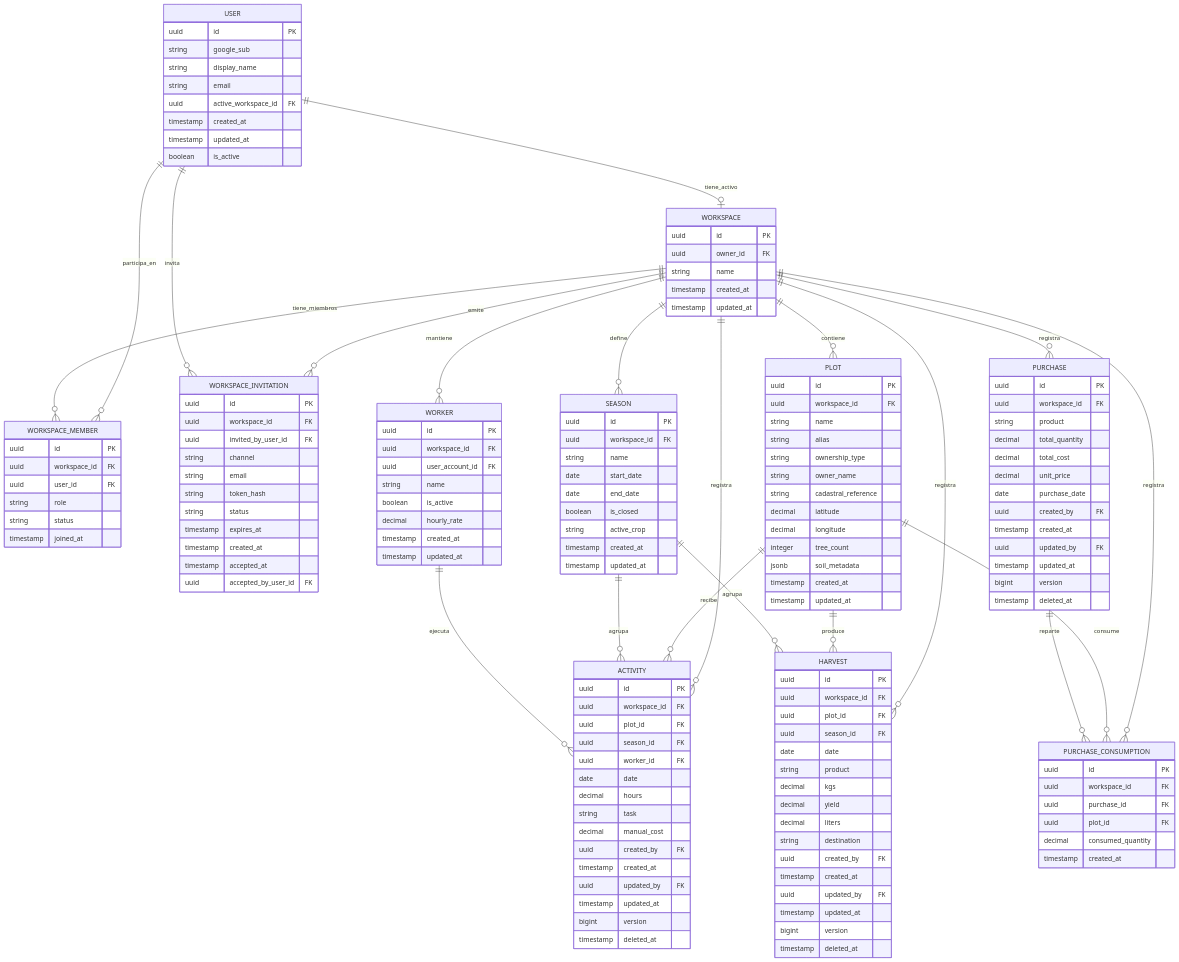
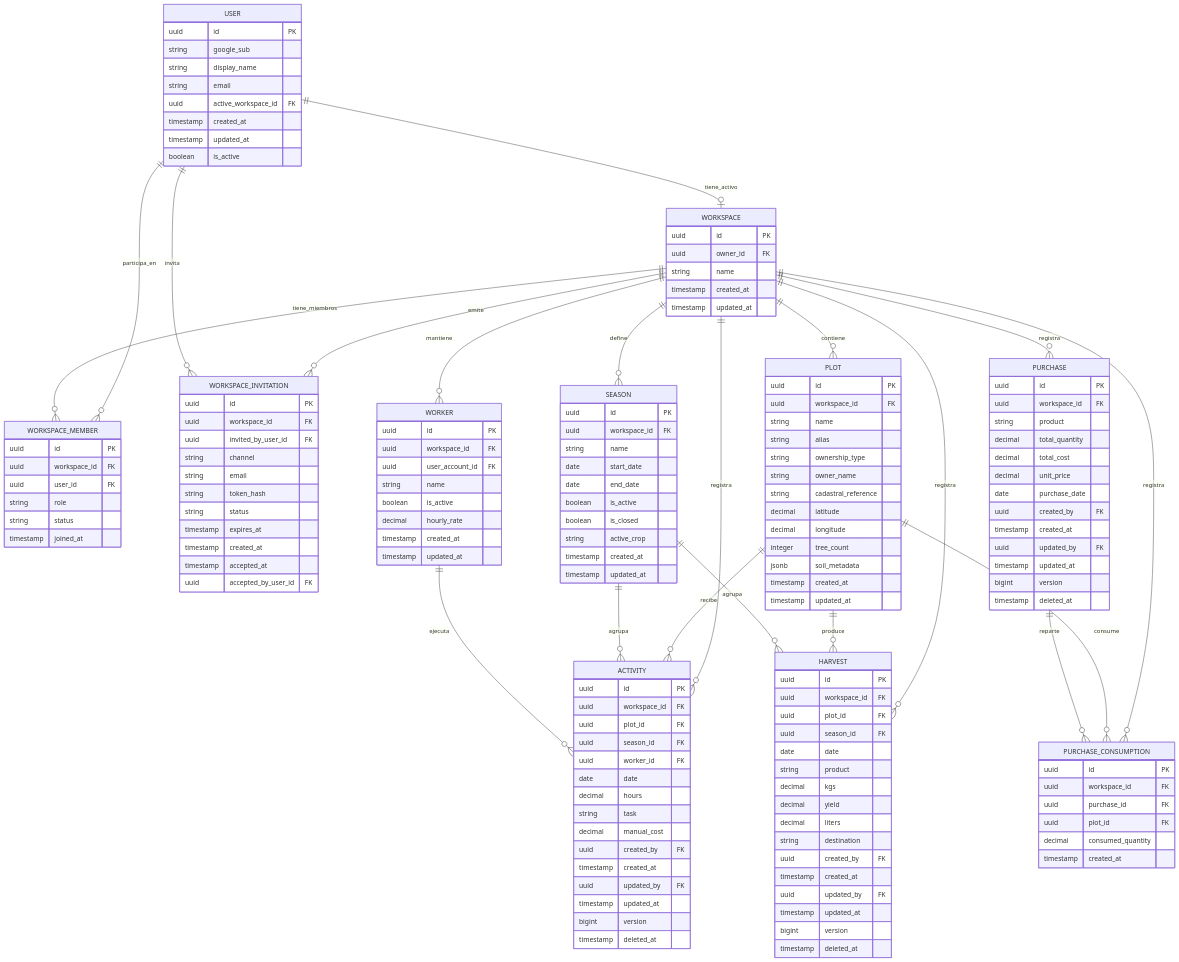
The diagram in docs/02-arquitectura/modelo-de-datos.md (AndresGilabert/terrenario), drawn with Mermaid before and after one commit. The commit also changed other lines of this file and 30 other files, not shown here.

```diff
--- a/docs/02-arquitectura/modelo-de-datos.md
+++ b/docs/02-arquitectura/modelo-de-datos.md
@@ -93,6 +93,7 @@
         string name
         date start_date
         date end_date
+        boolean is_active
         boolean is_closed
         string active_crop
         timestamp created_at
```
